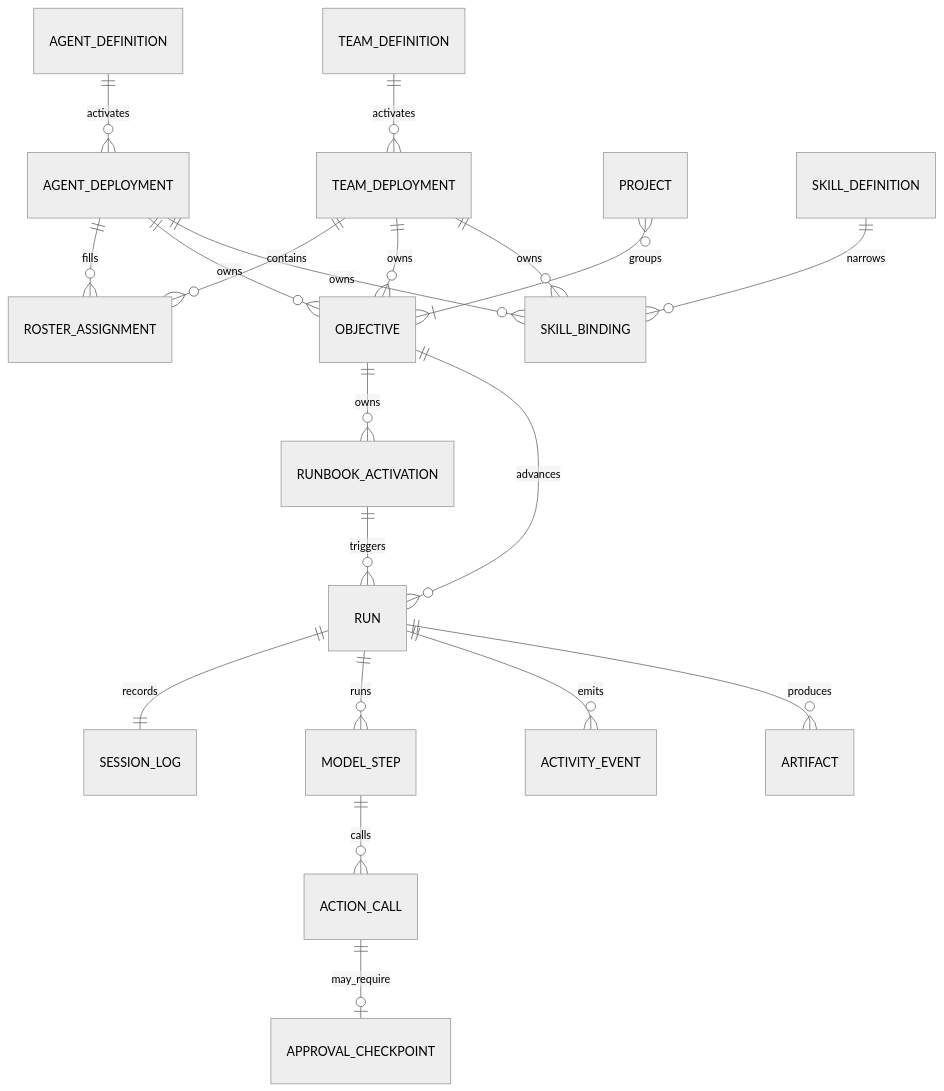
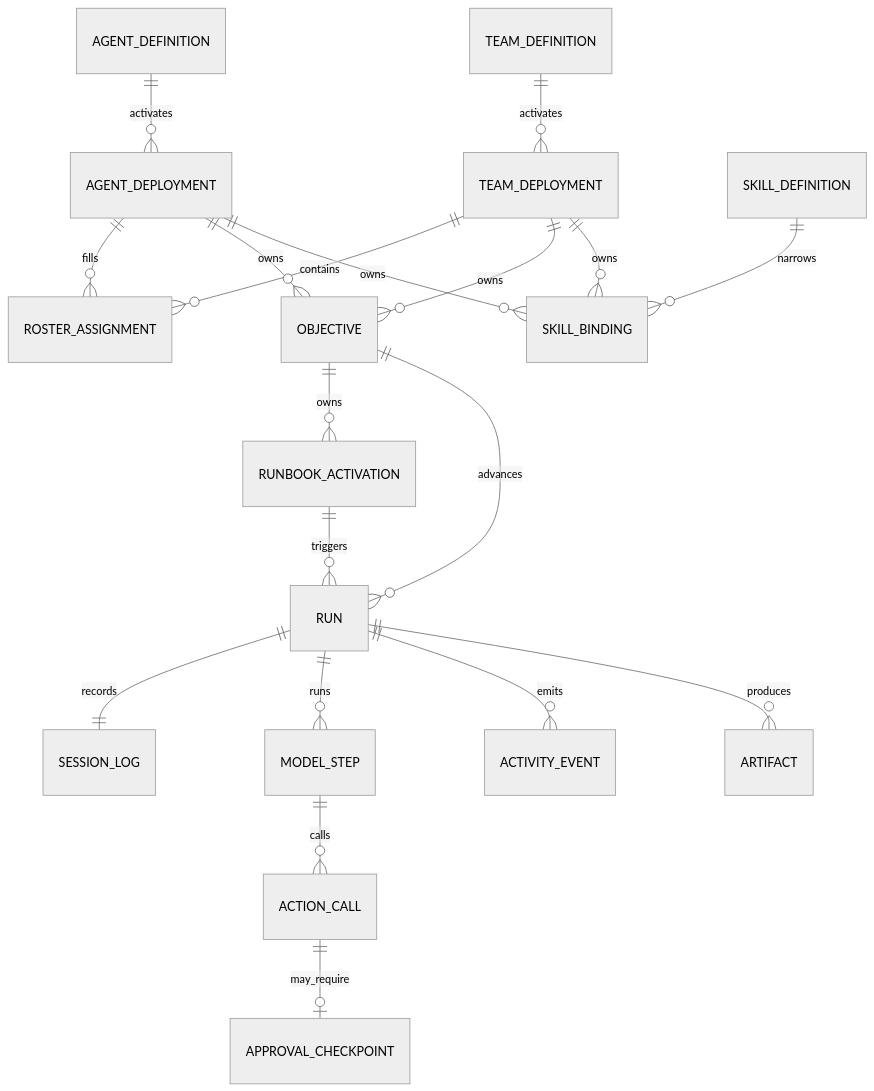
One commit to axiom-studio/openseal changed the second of 5 diagrams in docs/dev-docs/architecture/autonomous-agent-runtime.md. Above: the diagram before and after it, drawn with Mermaid (neutral theme). The commit also changed other lines of this file and 18 other files, not shown here.

````diff
--- a/docs/dev-docs/architecture/autonomous-agent-runtime.md
+++ b/docs/dev-docs/architecture/autonomous-agent-runtime.md
@@ -57,22 +57,21 @@
 ```mermaid
 erDiagram
     AGENT_DEFINITION ||--o{ AGENT_DEPLOYMENT : activates
     TEAM_DEFINITION ||--o{ TEAM_DEPLOYMENT : activates
     TEAM_DEPLOYMENT ||--o{ ROSTER_ASSIGNMENT : contains
     AGENT_DEPLOYMENT ||--o{ ROSTER_ASSIGNMENT : fills
     AGENT_DEPLOYMENT ||--o{ OBJECTIVE : owns
     TEAM_DEPLOYMENT ||--o{ OBJECTIVE : owns
-    PROJECT }o--|{ OBJECTIVE : groups
     OBJECTIVE ||--o{ RUNBOOK_ACTIVATION : owns
     RUNBOOK_ACTIVATION ||--o{ RUN : triggers
     OBJECTIVE ||--o{ RUN : advances
     RUN ||--|| SESSION_LOG : records
     RUN ||--o{ MODEL_STEP : runs
     MODEL_STEP ||--o{ ACTION_CALL : calls
     ACTION_CALL ||--o| APPROVAL_CHECKPOINT : may_require
     SKILL_DEFINITION ||--o{ SKILL_BINDING : narrows
     AGENT_DEPLOYMENT ||--o{ SKILL_BINDING : owns
     TEAM_DEPLOYMENT ||--o{ SKILL_BINDING : owns
     RUN ||--o{ ACTIVITY_EVENT : emits
     RUN ||--o{ ARTIFACT : produces
 ```
````
